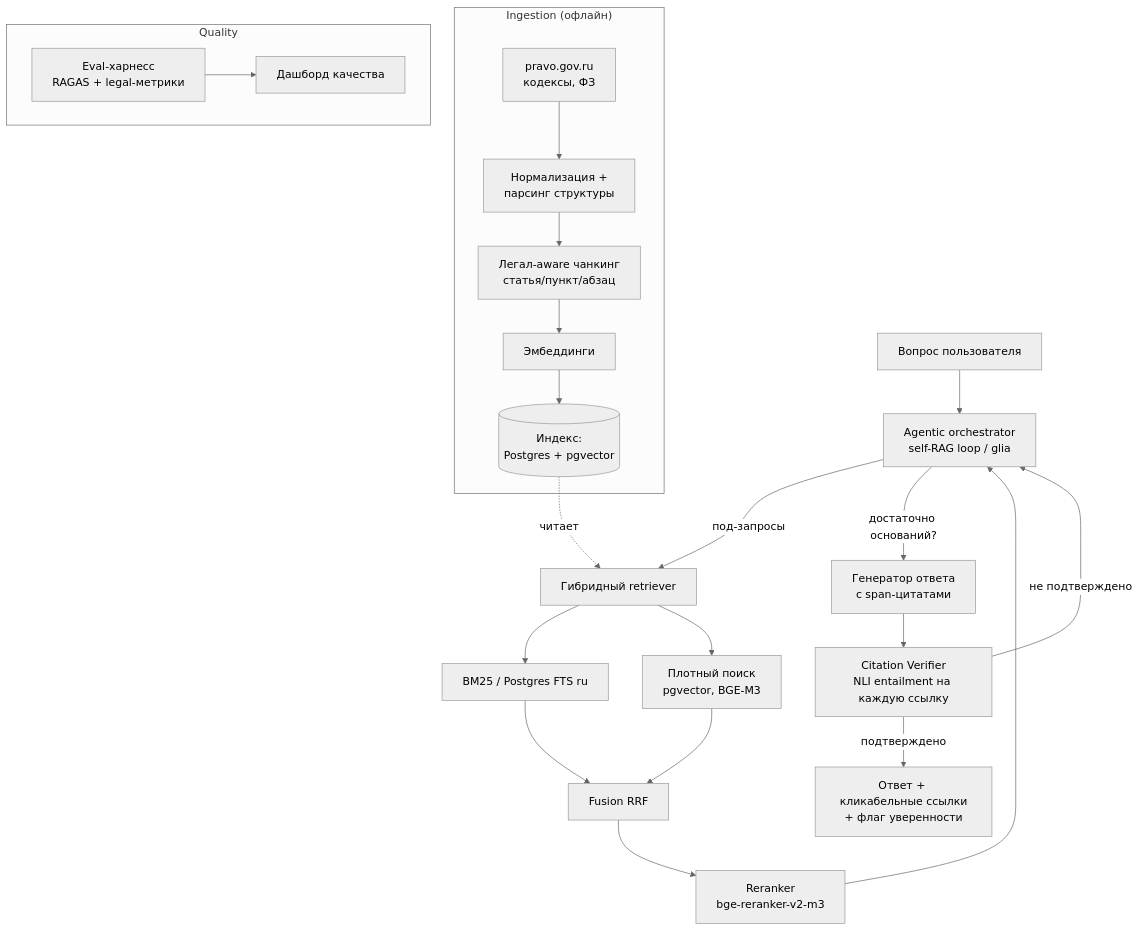
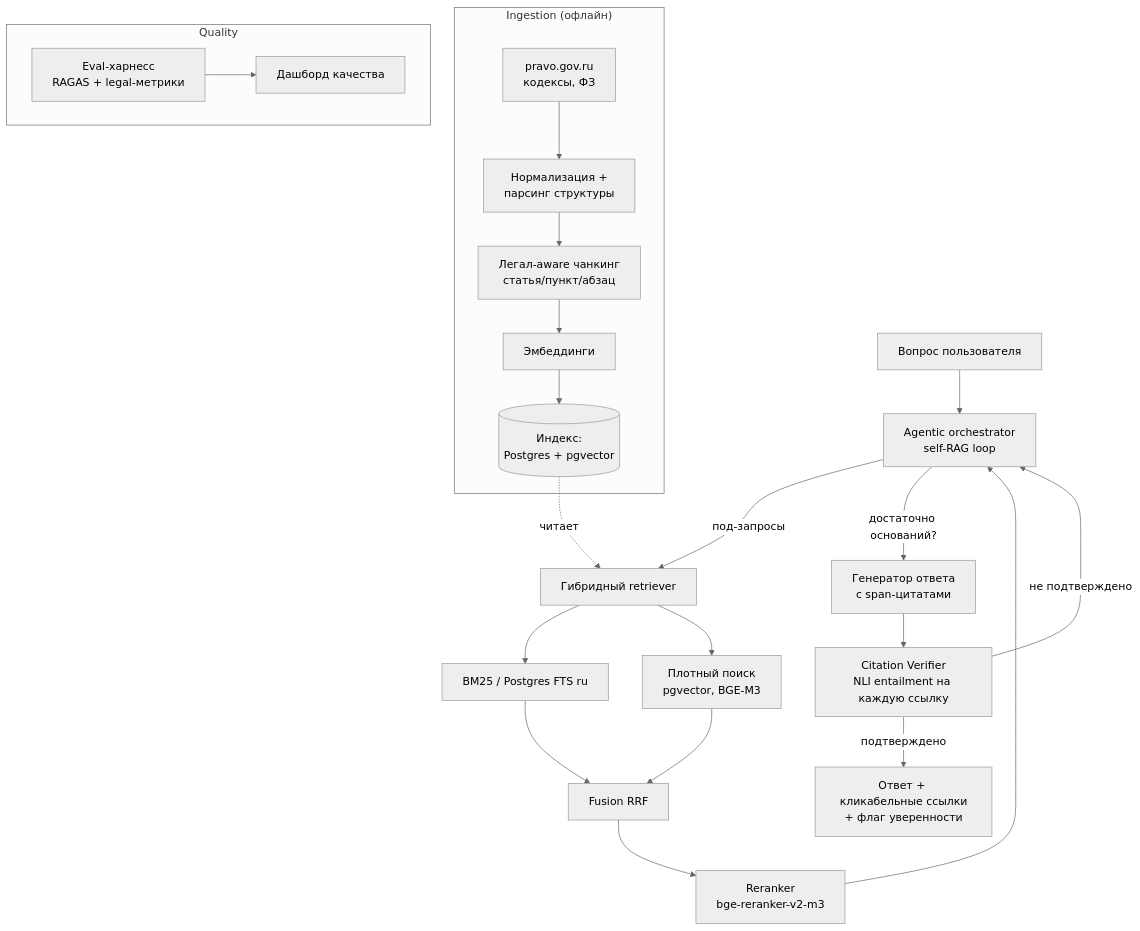
Before and after one commit to DrobyshevDev/praxis: the diagram in ARCHITECTURE.md, drawn with Mermaid (neutral theme). The commit also changed other lines of this file and 10 other files, not shown here.

````diff
--- a/ARCHITECTURE.md
+++ b/ARCHITECTURE.md
@@ -10,27 +10,27 @@
 ```mermaid
 flowchart TD
-    Q[Вопрос пользователя] --> ORCH[Agentic orchestrator<br/>self-RAG loop / glia]
+    Q[Вопрос пользователя] --> ORCH[Agentic orchestrator<br/>self-RAG loop]
     ORCH -->|под-запросы| RET[Гибридный retriever]
     RET --> BM25[BM25 / Postgres FTS ru]
     RET --> DENSE[Плотный поиск<br/>pgvector, BGE-M3]
     BM25 --> FUSE[Fusion RRF]
     DENSE --> FUSE
     FUSE --> RERANK[Reranker<br/>bge-reranker-v2-m3]
     RERANK --> ORCH
     ORCH -->|достаточно оснований?| GEN[Генератор ответа<br/>с span-цитатами]
     GEN --> VERIFY[Citation Verifier<br/>NLI entailment на каждую ссылку]
     VERIFY -->|не подтверждено| ORCH
     VERIFY -->|подтверждено| ANS[Ответ + кликабельные ссылки<br/>+ флаг уверенности]
 
     subgraph ingestion["Ingestion (офлайн)"]
       SRC[pravo.gov.ru<br/>кодексы, ФЗ] --> NORM[Нормализация +<br/>парсинг структуры]
       NORM --> CHUNK[Легал-aware чанкинг<br/>статья/пункт/абзац]
       CHUNK --> EMB[Эмбеддинги]
       EMB --> IDX[(Индекс:<br/>Postgres + pgvector)]
     end
     IDX -. читает .-> RET
 
     subgraph Quality
       EVAL[Eval-харнесс<br/>RAGAS + legal-метрики] --> DASH[Дашборд качества]
     end
 ```
````
